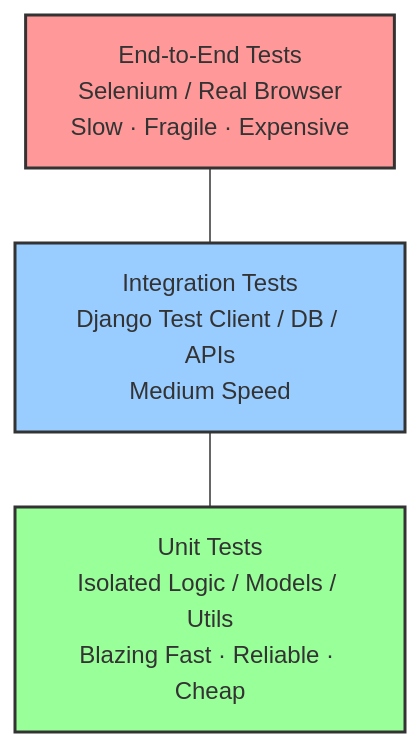
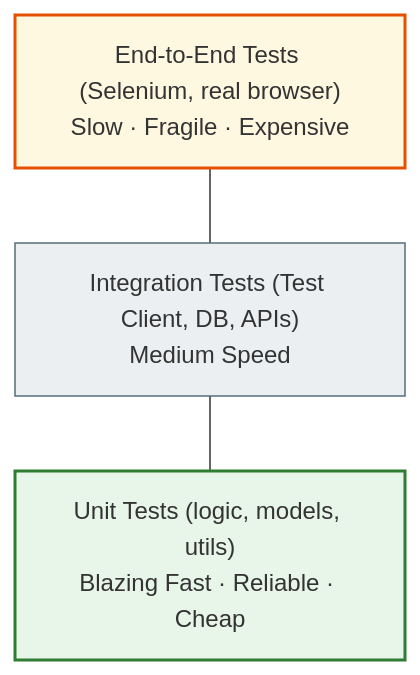
The first of 7 diagrams in docs/08_testing_and_quality/testing_foundations_full.md (NikoriakViktot/notes_chat_app), drawn with Mermaid before and after one commit. The commit also changed other lines of this file and 441 other files, not shown here.

First line of the commit message:
Add English version of the book, Mermaid standard, docs fixes

````diff
--- a/docs/08_testing_and_quality/testing_foundations_full.md
+++ b/docs/08_testing_and_quality/testing_foundations_full.md
@@ -365,13 +365,16 @@
 ```mermaid
 graph TD
-    A["End-to-End Tests<br>Selenium / Real Browser<br>Slow · Fragile · Expensive"]
-    B["Integration Tests<br>Django Test Client / DB / APIs<br>Medium Speed"]
-    C["Unit Tests<br>Isolated Logic / Models / Utils<br>Blazing Fast · Reliable · Cheap"]
+    A["End-to-End Tests (Selenium, real browser)<br>Slow · Fragile · Expensive"]
+    B["Integration Tests (Test Client, DB, APIs)<br>Medium Speed"]
+    C["Unit Tests (logic, models, utils)<br>Blazing Fast · Reliable · Cheap"]
 
     A --- B
     B --- C
 
-    style A fill:#ff9999,stroke:#333,stroke-width:2px
-    style B fill:#99ccff,stroke:#333,stroke-width:2px
-    style C fill:#99ff99,stroke:#333,stroke-width:2px
+    classDef step     fill:#eceff1,stroke:#546e7a,stroke-width:1px;
+    classDef success  fill:#e8f5e9,stroke:#2e7d32,stroke-width:2px;
+    classDef warning  fill:#fff8e1,stroke:#e65100,stroke-width:2px;
+    class A warning;
+    class B step;
+    class C success;
 ```
````
